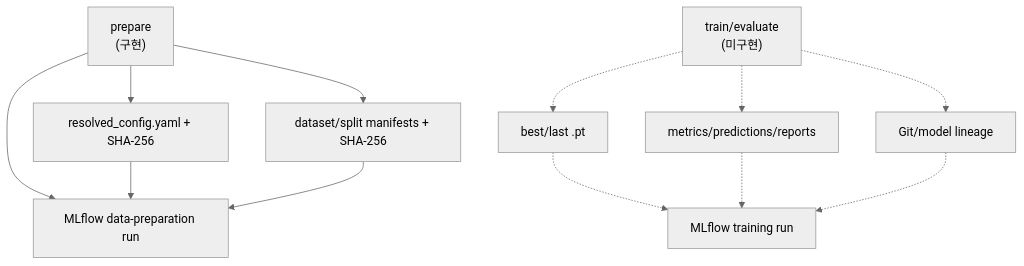
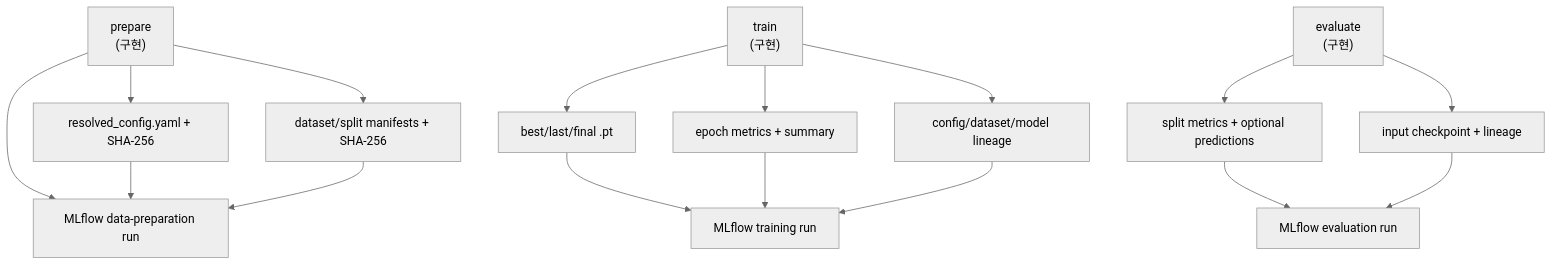
One commit to ggulNote/eye-tracking-ml changed the third of 3 diagrams in docs/architecture.md. Above: the diagram before and after it, drawn with Mermaid (neutral theme). The commit also changed other lines of this file and 42 other files, not shown here.

Commit message:
Add model runtime adapters and dual-view training pipeline

````diff
--- a/docs/architecture.md
+++ b/docs/architecture.md
@@ -364,15 +366,20 @@
 ```mermaid
 flowchart TD
     P["prepare<br/>(구현)"] --> A["resolved_config.yaml + SHA-256"]
     P --> B["dataset/split manifests + SHA-256"]
     P --> M["MLflow data-preparation run"]
     A --> M
     B --> M
 
-    T["train/evaluate<br/>(미구현)"] -.-> C["best/last .pt"]
-    T -.-> D["metrics/predictions/reports"]
-    T -.-> E["Git/model lineage"]
-    C -.-> N["MLflow training run"]
-    D -.-> N
-    E -.-> N
+    T["train<br/>(구현)"] --> C["best/last/final .pt"]
+    T --> D["epoch metrics + summary"]
+    T --> E["config/dataset/model lineage"]
+    C --> N["MLflow training run"]
+    D --> N
+    E --> N
+
+    V["evaluate<br/>(구현)"] --> F["split metrics + optional predictions"]
+    V --> G["input checkpoint + lineage"]
+    F --> Q["MLflow evaluation run"]
+    G --> Q
 ```
````
